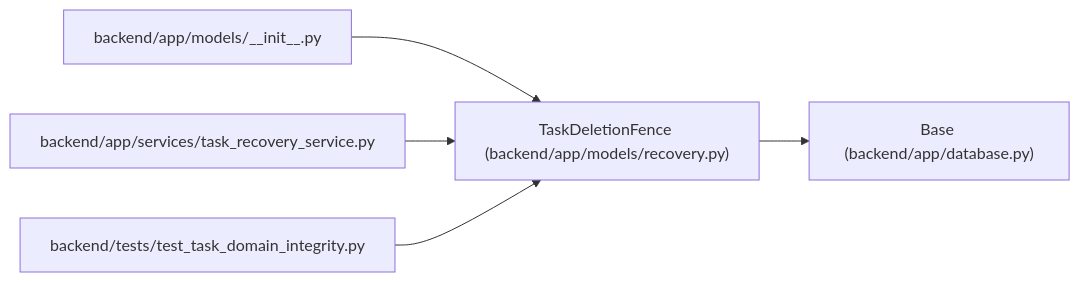
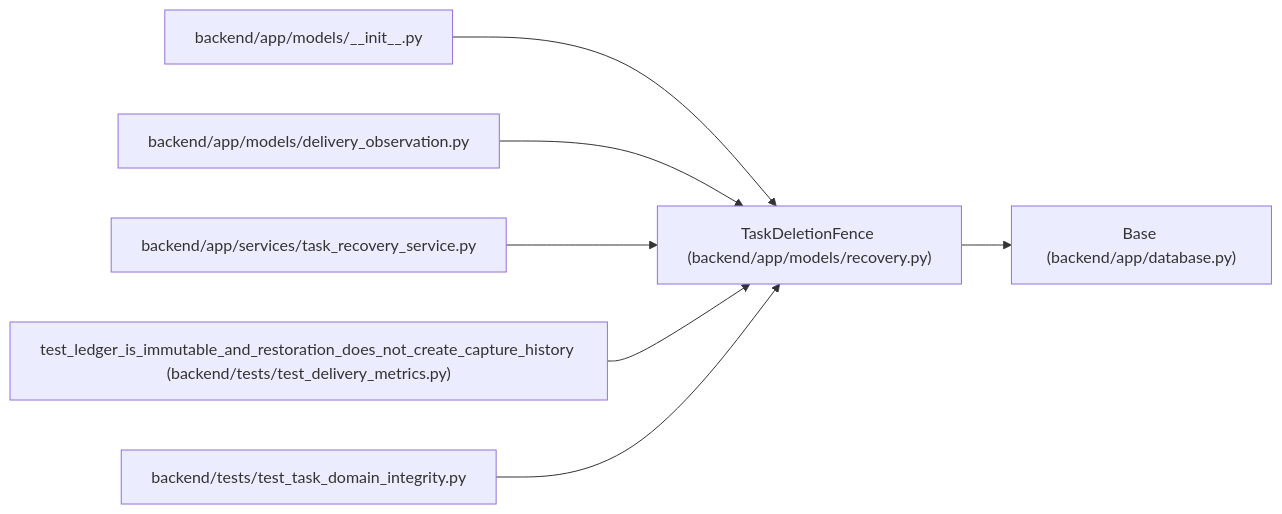
Before and after one commit to Denissvgn/WorkChord: the diagram in docs/llm_wiki/entities/TaskDeletionFence.md, drawn with Mermaid. The commit also changed other lines of this file and 6624 other files, not shown here.

````diff
--- a/docs/llm_wiki/entities/TaskDeletionFence.md
+++ b/docs/llm_wiki/entities/TaskDeletionFence.md
@@ -28,17 +28,23 @@
 ```mermaid
 flowchart LR
     n0["TaskDeletionFence (backend/app/models/recovery.py)"]
     n1["Base (backend/app/database.py)"]
     n2["backend/app/models/__init__.py"]
-    n3["backend/app/services/task_recovery_service.py"]
-    n4["backend/tests/test_task_domain_integrity.py"]
+    n3["backend/app/models/delivery_observation.py"]
+    n4["backend/app/services/task_recovery_service.py"]
+    n5["test_ledger_is_immutable_and_restoration_does_not_create_capture_history (backend/tests/test_delivery_metrics.py)"]
+    n6["backend/tests/test_task_domain_integrity.py"]
     n0 --> n1
     n2 --> n0
     n3 --> n0
     n4 --> n0
+    n5 --> n0
+    n6 --> n0
     click n0 "../modules/recovery.md"
     click n1 "../modules/app_database.md"
     click n2 "../modules/models___init__.md"
-    click n3 "../modules/task_recovery_service.md"
-    click n4 "../modules/test_task_domain_integrity.md"
+    click n3 "../modules/delivery_observation.md"
+    click n4 "../modules/task_recovery_service.md"
+    click n5 "../modules/test_delivery_metrics.md"
+    click n6 "../modules/test_task_domain_integrity.md"
 ```
````
